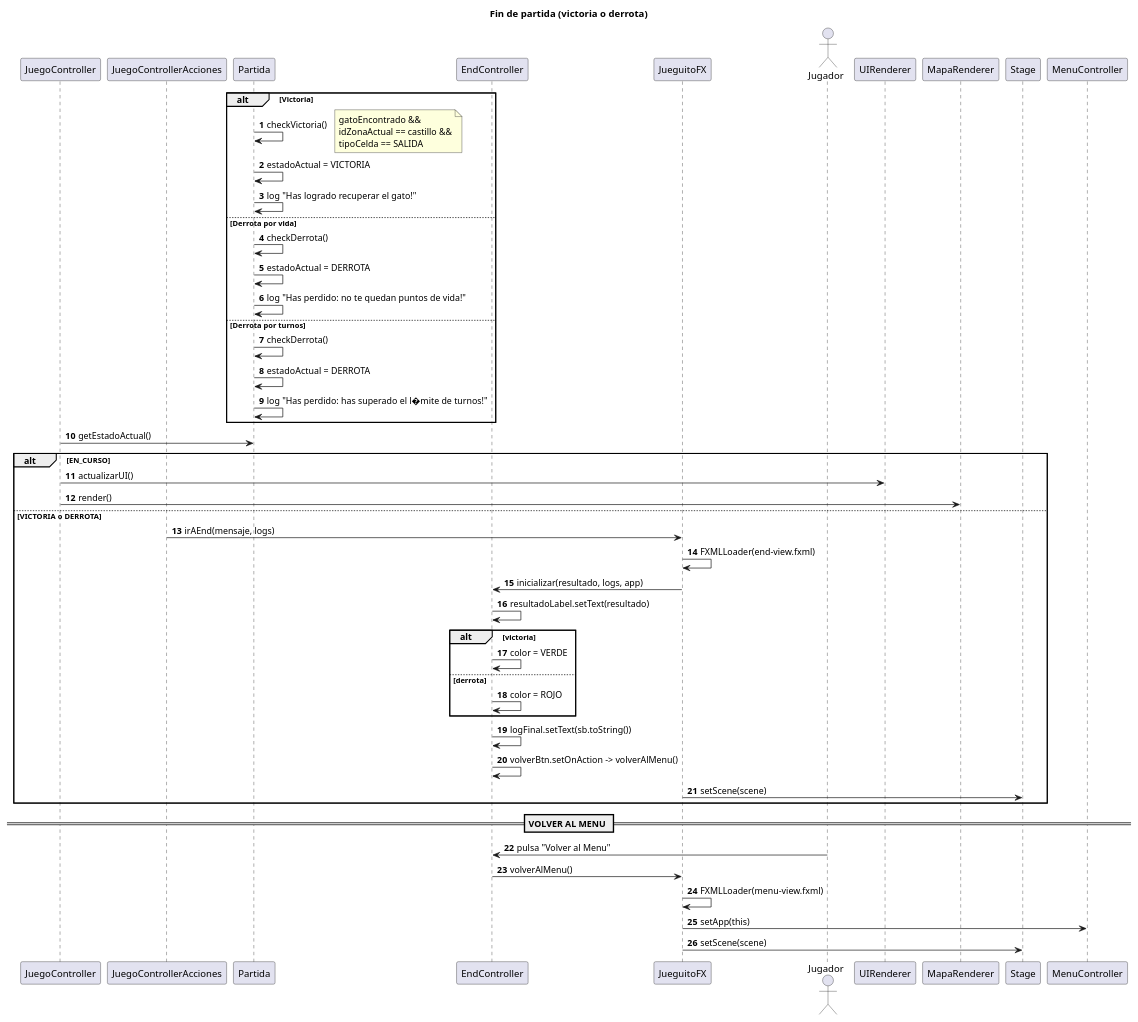
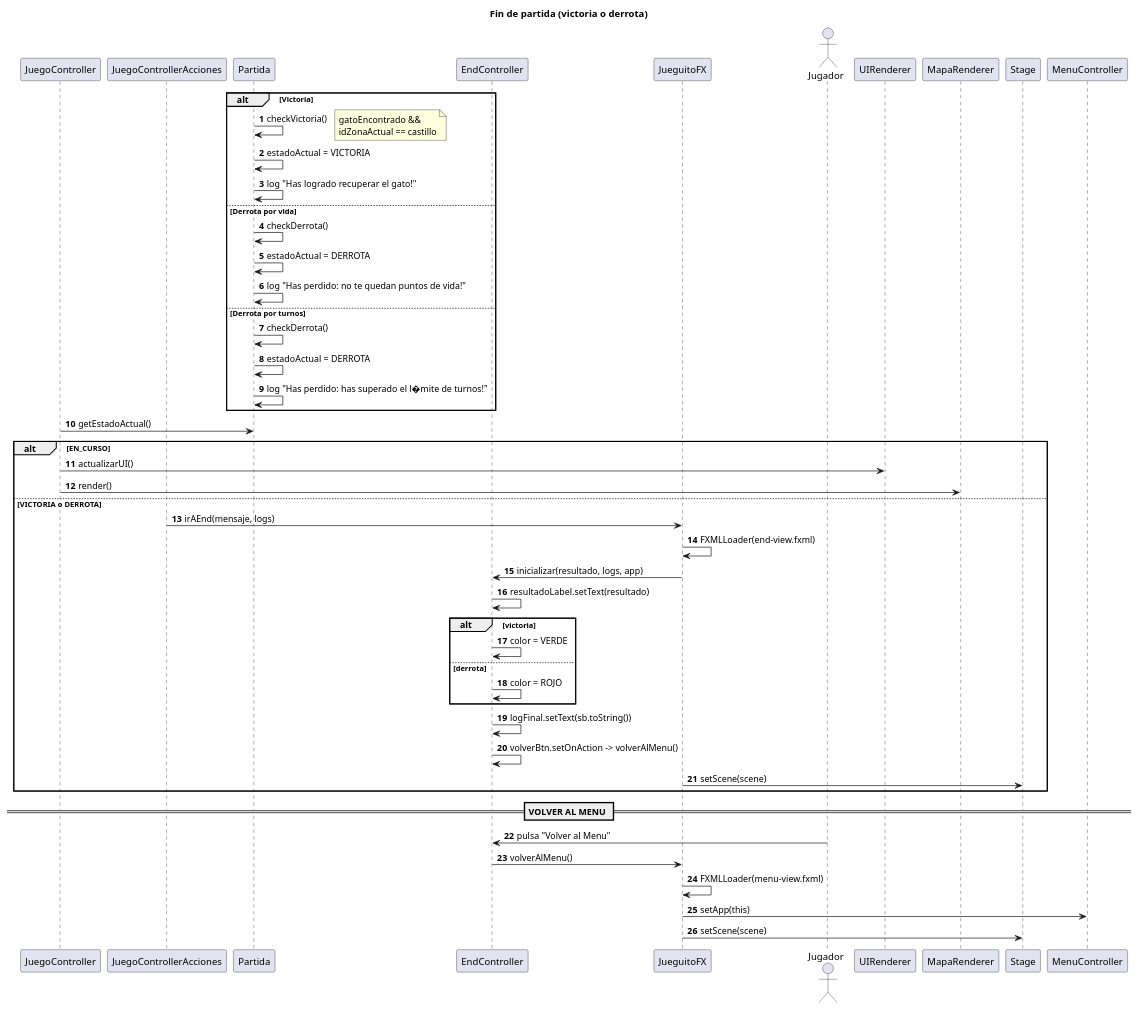
One commit to isagonz3/JuegoPracticaFinal changed the diagram in UMLs/secuencia_fin_partida.puml. Above: the diagram before and after it, drawn with PlantUML. The commit also changed 15 other files, not shown here.

```diff
--- a/UMLs/secuencia_fin_partida.puml
+++ b/UMLs/secuencia_fin_partida.puml
@@ -1,55 +1,55 @@
 @startuml
 'https://plantuml.com/sequence-diagram
 
 autonumber
 
 title Fin de partida (victoria o derrota)
 
 participant JuegoController as JC
 participant JuegoControllerAcciones as JCA
 participant Partida as P
 participant EndController as EC
 participant JueguitoFX as APP
 actor "Jugador" as J
 
 alt Victoria
   P -> P: checkVictoria()
-  note right: gatoEncontrado &&\nidZonaActual == castillo &&\ntipoCelda == SALIDA
+  note right: gatoEncontrado &&\nidZonaActual == castillo
   P -> P: estadoActual = VICTORIA
   P -> P: log "Has logrado recuperar el gato!"
 else Derrota por vida
   P -> P: checkDerrota()
   P -> P: estadoActual = DERROTA
   P -> P: log "Has perdido: no te quedan puntos de vida!"
 else Derrota por turnos
   P -> P: checkDerrota()
   P -> P: estadoActual = DERROTA
   P -> P: log "Has perdido: has superado el l�mite de turnos!"
 end
 
 JC -> P: getEstadoActual()
 alt EN_CURSO
   JC -> UIRenderer: actualizarUI()
   JC -> MapaRenderer: render()
 else VICTORIA o DERROTA
   JCA -> APP: irAEnd(mensaje, logs)
   APP -> APP: FXMLLoader(end-view.fxml)
   APP -> EC: inicializar(resultado, logs, app)
   EC -> EC: resultadoLabel.setText(resultado)
   alt victoria
     EC -> EC: color = VERDE
   else derrota
     EC -> EC: color = ROJO
   end
   EC -> EC: logFinal.setText(sb.toString())
   EC -> EC: volverBtn.setOnAction -> volverAlMenu()
   APP -> Stage: setScene(scene)
 end
 
 == VOLVER AL MENU ==
 J -> EC: pulsa "Volver al Menu"
 EC -> APP: volverAlMenu()
 APP -> APP: FXMLLoader(menu-view.fxml)
 APP -> MenuController: setApp(this)
 APP -> Stage: setScene(scene)
 @enduml
```
